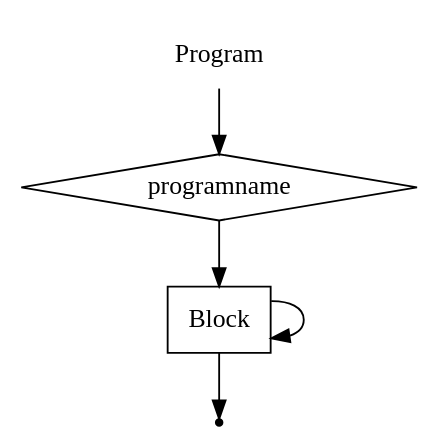
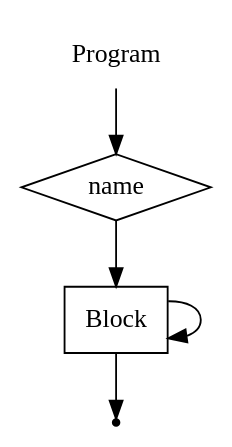
The diagram in DSLTools/examples/PSECO_NEW/wirth/Program.gv (EgorGoluzin/DSL), drawn with Graphviz before and after one commit. The commit also changed 9 other files, not shown here.

```diff
--- a/DSLTools/examples/PSECO_NEW/wirth/Program.gv
+++ b/DSLTools/examples/PSECO_NEW/wirth/Program.gv
@@ -1,11 +1,11 @@
 digraph Program {
   start [label="Program" shape=plaintext];
-  A [label="programname" shape=diamond];
+  A [label="name" shape=diamond];
   B [label="Block" shape=box];
   end [label="" shape=point];
 
   start -> A;
   A -> B;
   B -> B;
   B -> end;
 }
```
